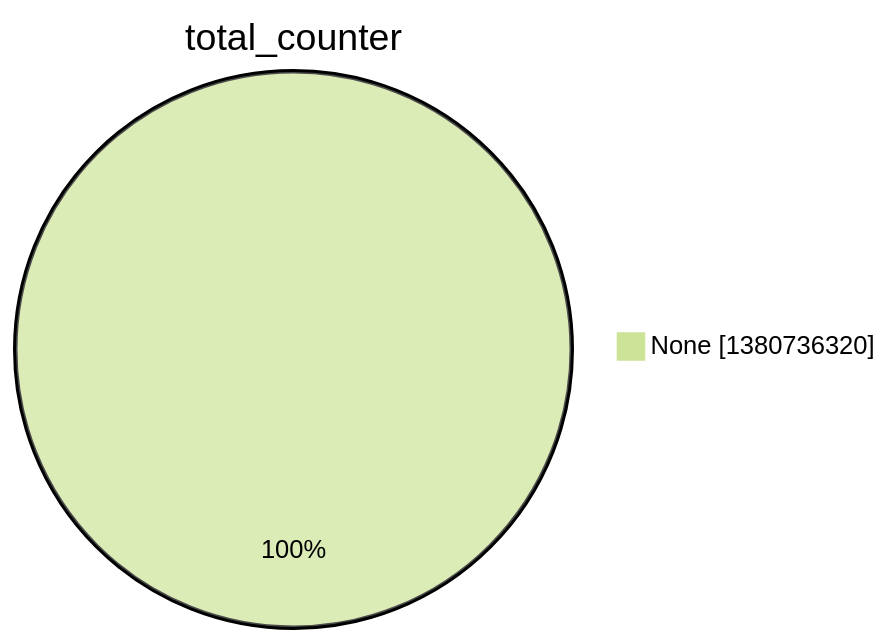
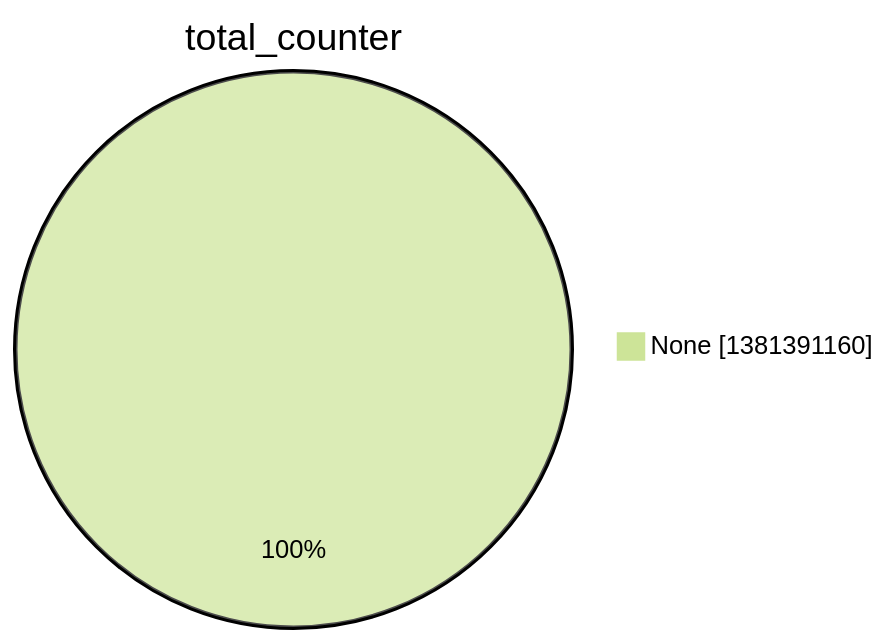
Before and after one commit to christiankrug/ctmonitor_visualization: the second of 15 diagrams in argon2022/README.md, drawn with Mermaid (forest theme). The commit also changed other lines of this file, not shown here.

````diff
--- a/argon2022/README.md
+++ b/argon2022/README.md
@@ -9,5 +9,5 @@
 ```mermaid
 pie showData
 title total_counter
-"None" :1380736320
+"None" :1381391160
 ```
````
